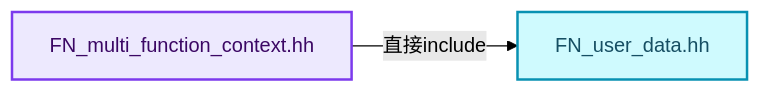
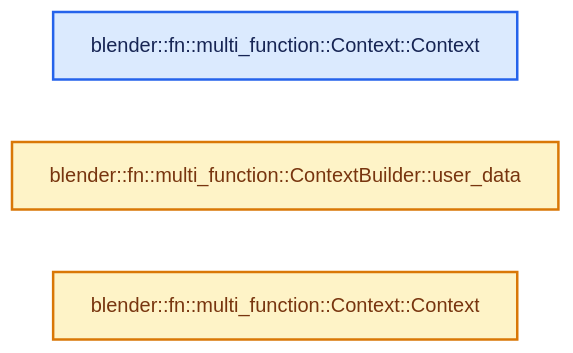
One commit to yunkezengren/blender-.vscode changed the second of 4 diagrams in 杂/markdown/全面学习-codex/07-MultiFunction与批量执行/05-Context与临时资源.md. Above: the diagram before and after it, drawn with Mermaid (forest theme). The commit also changed other lines of this file and 1930 other files, not shown here.

````diff
--- a/杂/markdown/全面学习-codex/07-MultiFunction与批量执行/05-Context与临时资源.md
+++ b/杂/markdown/全面学习-codex/07-MultiFunction与批量执行/05-Context与临时资源.md
@@ -85,12 +46,12 @@
 ```mermaid
 flowchart LR
-  S["FN_multi_function_context.hh"]:::abstraction
-  I0["FN_user_data.hh"]:::data
-  S -->|"直接include"| I0
+  F0["blender::fn::multi_function::Context::Context"]:::input
+  F1["blender::fn::multi_function::ContextBuilder::user_data"]:::compute
+  F2["blender::fn::multi_function::Context::Context"]:::compute
   classDef input fill:#DBEAFE,stroke:#2563EB,color:#172554,stroke-width:2px;
   classDef data fill:#CFFAFE,stroke:#0891B2,color:#164E63,stroke-width:2px;
   classDef abstraction fill:#EDE9FE,stroke:#7C3AED,color:#3B0764,stroke-width:2px;
   classDef compute fill:#FEF3C7,stroke:#D97706,color:#78350F,stroke-width:2px;
   classDef result fill:#DCFCE7,stroke:#16A34A,color:#14532D,stroke-width:2px;
   classDef error fill:#FEE2E2,stroke:#DC2626,color:#7F1D1D,stroke-width:2px;
 ```
````
